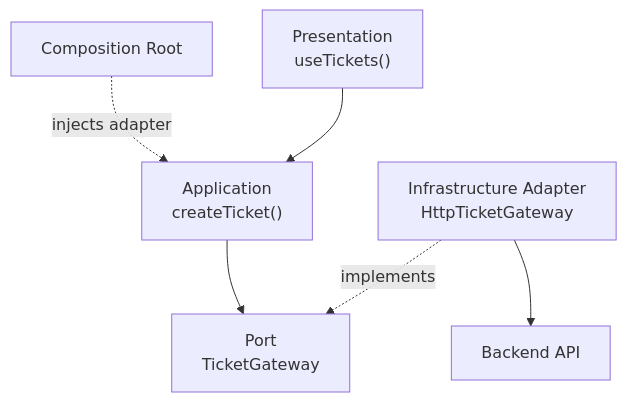
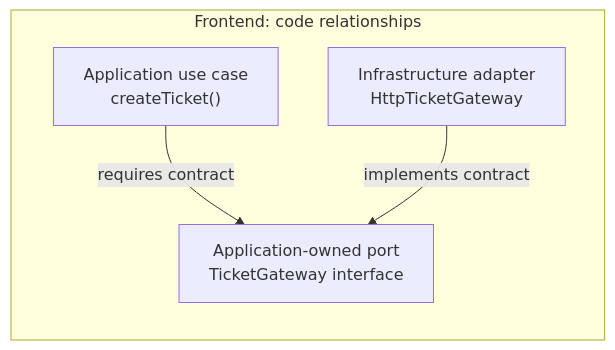
Before and after one commit to AndresTaoFlorez/software-architecture: the first of 2 diagrams in frontend/ports-and-adapters.md, drawn with Mermaid. The commit also changed other lines of this file, not shown here.

Commit message:
docs: align ticket guide with the three-panel conceptual and runtime diagram

````diff
--- a/frontend/ports-and-adapters.md
+++ b/frontend/ports-and-adapters.md
@@ -28,8 +36,7 @@
 ```mermaid
-flowchart TB
-    ROOT["Composition Root"] -. "injects adapter" .-> USECASE["Application<br/>createTicket()"]
-    PRESENTATION["Presentation<br/>useTickets()"] --> USECASE
-    USECASE --> PORT["Port<br/>TicketGateway"]
-    ADAPTER["Infrastructure Adapter<br/>HttpTicketGateway"] -. "implements" .-> PORT
-    ADAPTER --> API["Backend API"]
+flowchart LR
+    subgraph FRONTEND["Frontend: code relationships"]
+        USECASE["Application use case<br/>createTicket()"] -->|"requires contract"| PORT["Application-owned port<br/>TicketGateway interface"]
+        ADAPTER["Infrastructure adapter<br/>HttpTicketGateway"] -->|"implements contract"| PORT
+    end
 ```
````
